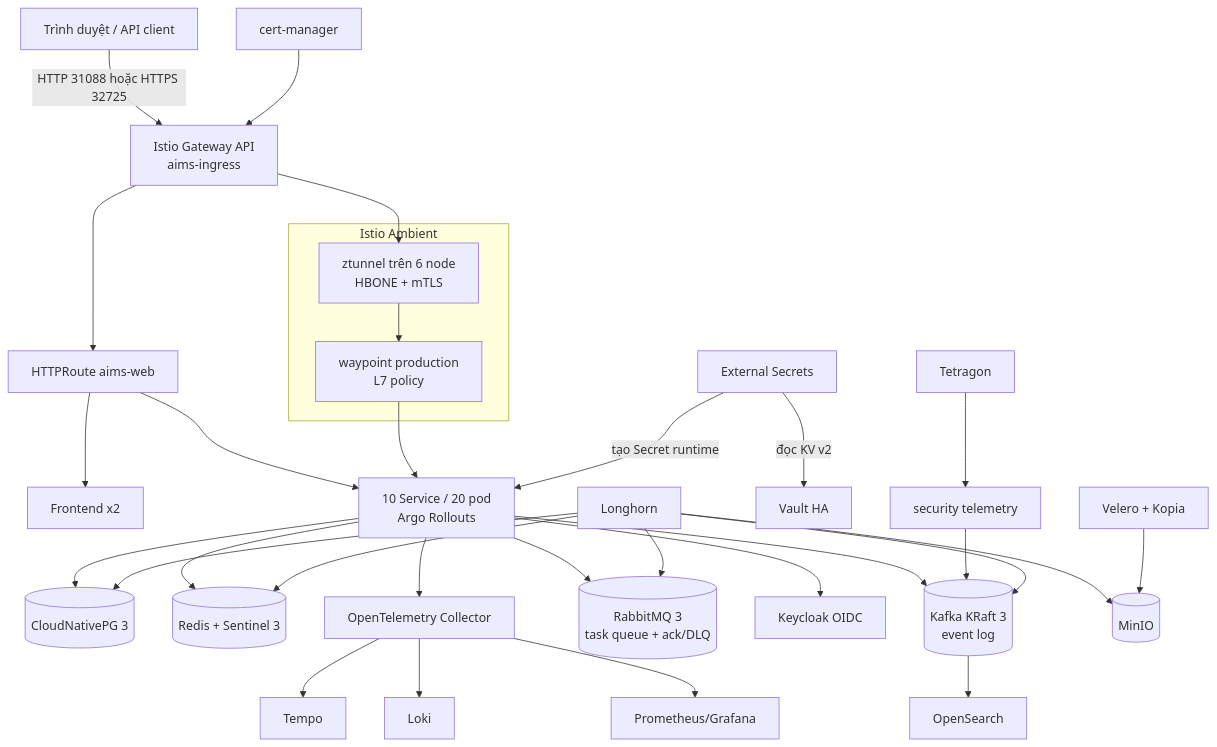
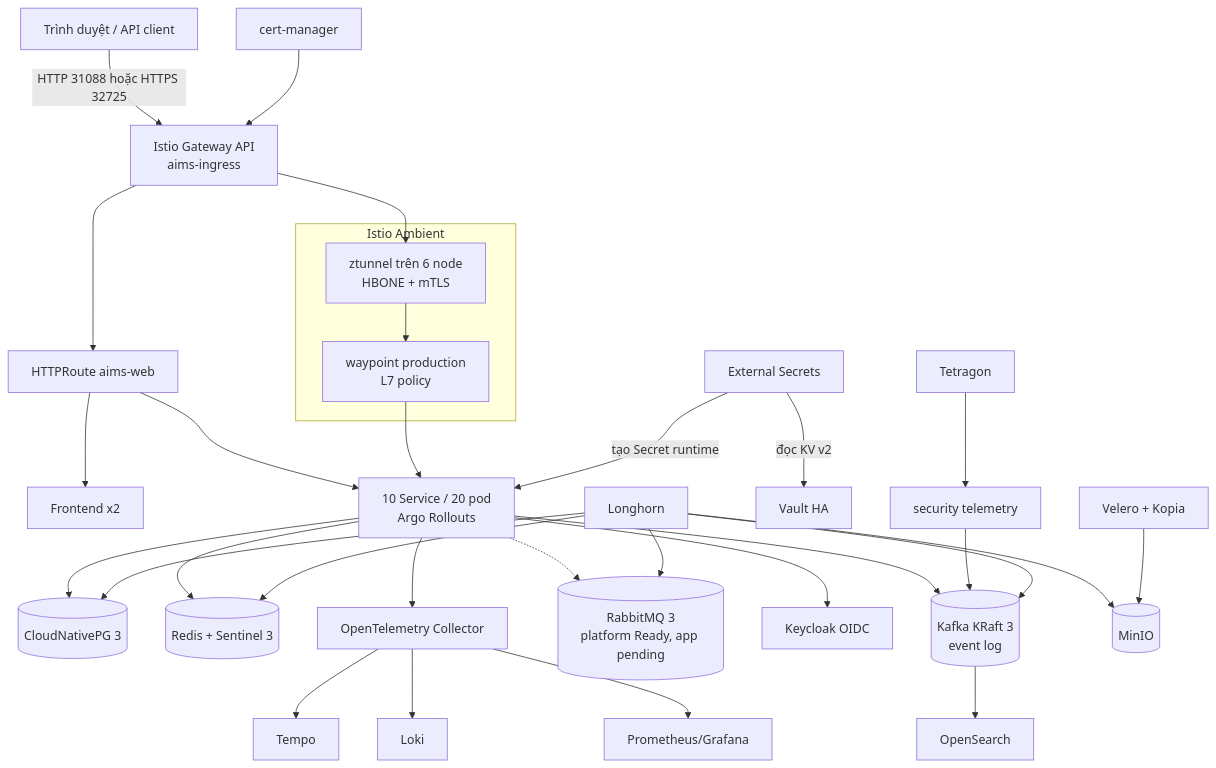
The first of 8 diagrams in AIMS_OPERATION_FLOW_REPORT.md (tndat-dev/An-Internet-Media-Store), drawn with Mermaid before and after one commit. The commit also changed other lines of this file and 9 other files, not shown here.

````diff
--- a/AIMS_OPERATION_FLOW_REPORT.md
+++ b/AIMS_OPERATION_FLOW_REPORT.md
@@ -34,36 +34,36 @@
 ```mermaid
 flowchart TB
     U[Trình duyệt / API client] -->|HTTP 31088 hoặc HTTPS 32725| IG[Istio Gateway API<br/>aims-ingress]
     IG --> RT[HTTPRoute aims-web]
     RT --> FE[Frontend x2]
     RT --> API[10 Service / 20 pod<br/>Argo Rollouts]
 
     subgraph Ambient[Istio Ambient]
       Z[ztunnel trên 6 node<br/>HBONE + mTLS]
       WP[waypoint production<br/>L7 policy]
     end
     IG --> Z --> WP --> API
 
     API --> PG[(CloudNativePG 3)]
     API --> RD[(Redis + Sentinel 3)]
     API --> KF[(Kafka KRaft 3<br/>event log)]
-    API --> RMQ[(RabbitMQ 3<br/>task queue + ack/DLQ)]
+    API -.-> RMQ[(RabbitMQ 3<br/>platform Ready, app pending)]
     API --> KC[Keycloak OIDC]
     API --> OT[OpenTelemetry Collector]
 
     OT --> PR[Prometheus/Grafana]
     OT --> LK[Loki]
     OT --> TP[Tempo]
     TG[Tetragon] --> ST[security telemetry]
     ST --> KF --> OS[OpenSearch]
 
     ESO[External Secrets] -->|đọc KV v2| VA[Vault HA]
     ESO -->|tạo Secret runtime| API
     CM[cert-manager] --> IG
     LH[Longhorn] --> PG
     LH --> RD
     LH --> KF
     LH --> RMQ
     LH --> MN[(MinIO)]
     VE[Velero + Kopia] --> MN
 ```
````
